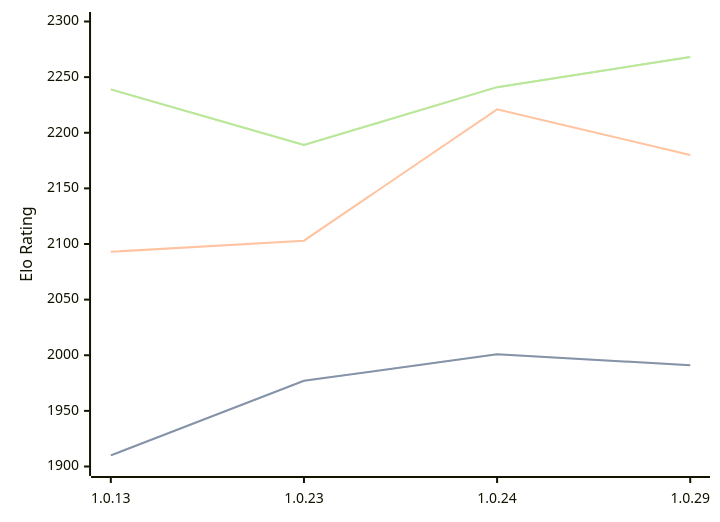
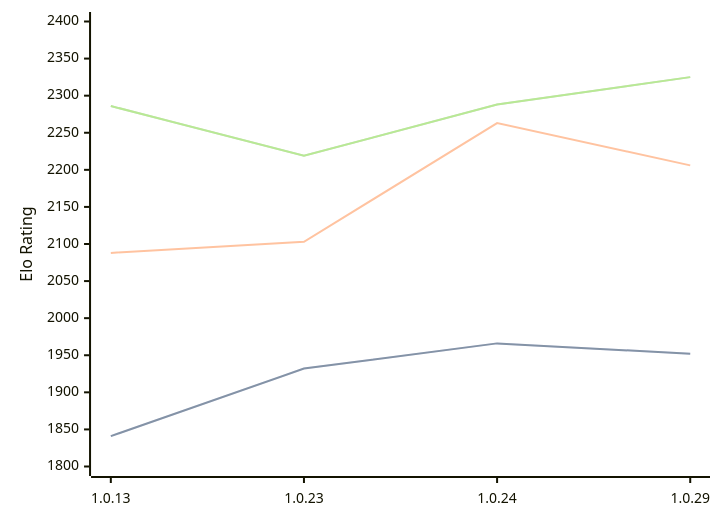
Before and after one commit to computer-chess-index/cci: the diagram in engines/RustyRival.md, drawn with Mermaid. The commit also changed other lines of this file, not shown here.

Commit message:
Update CCI Ratings (ELO VLTC) - 2026-02-24

````diff
--- a/engines/RustyRival.md
+++ b/engines/RustyRival.md
@@ -53,11 +54,11 @@
 ```mermaid
 %%{init: {"theme":"base","themeVariables":{"seriesColors:['#a3a3a3','#222221','#faa371']}}}%%
 xychart-beta
   x-axis ["1.0.13", "1.0.23", "1.0.24", "1.0.29"]
-  y-axis "Elo Rating" 1900 --> 2300
-  line "STC (8.0+0.08s)" [1910, 1977, 2001, 1991]
-  line "STC (8.0+0.08s)" [1910, 1977, 2001, 1991]
-  line "LTC (60.0+0.60s)" [2093, 2103, 2221, 2180]
-  line "VLTC (2m24s+1.12s)" [2239, 2189, 2241, 2268]
-  line "VLTC (2m24s+1.12s)" [2239, 2189, 2241, 2268]
+  y-axis "Elo Rating" 1800 --> 2400
+  line "STC (8.0+0.08s)" [1841, 1932, 1966, 1952]
+  line "STC (8.0+0.08s)" [1841, 1932, 1966, 1952]
+  line "LTC (60.0+0.60s)" [2088, 2103, 2263, 2206]
+  line "VLTC (2m24s+1.12s)" [2286, 2219, 2288, 2325]
+  line "VLTC (2m24s+1.12s)" [2286, 2219, 2288, 2325]
 ```
````
